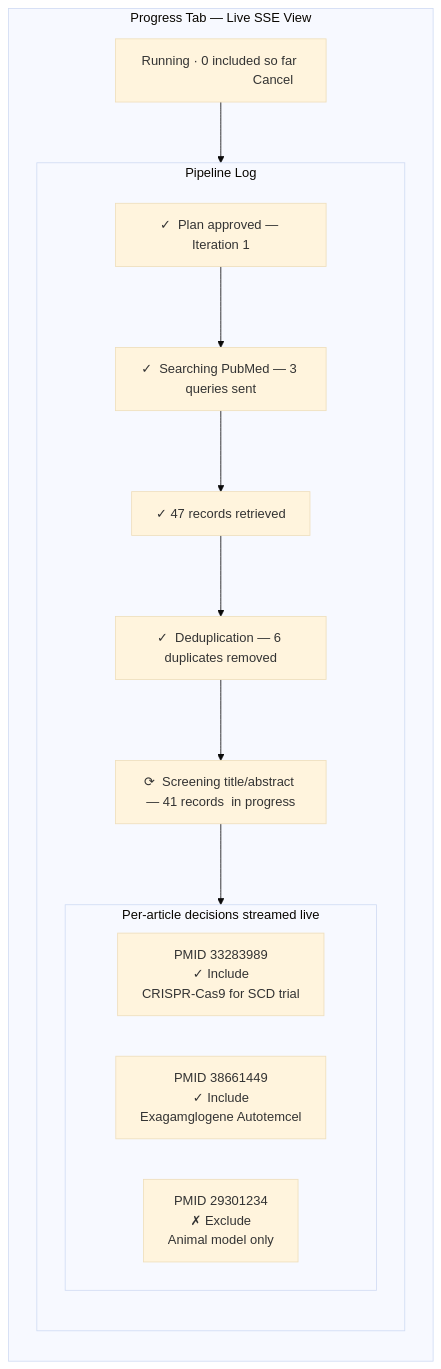
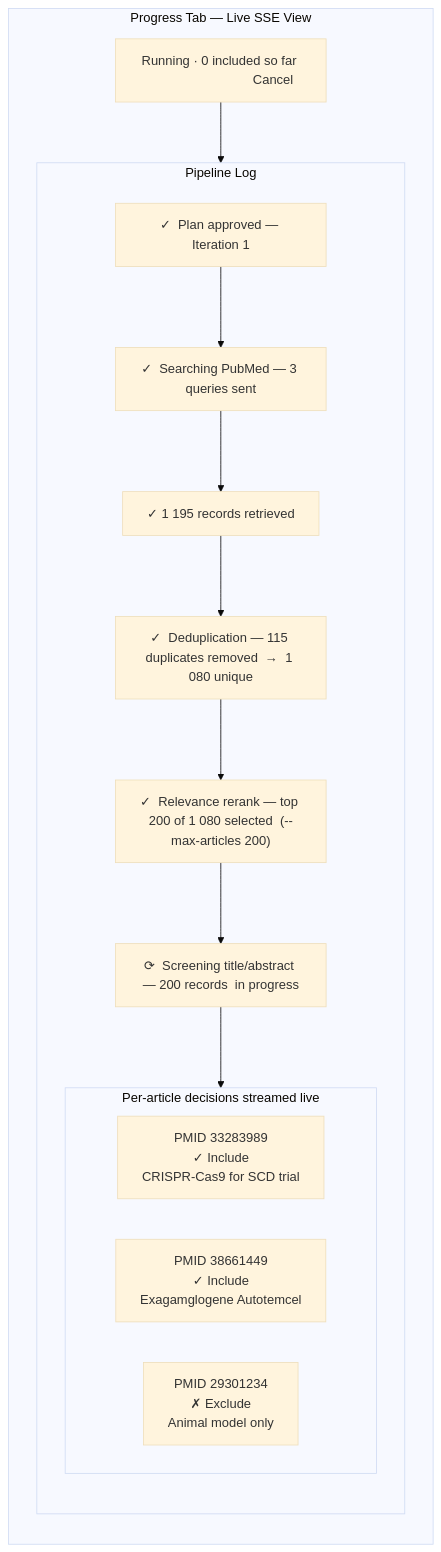
The second of 2 diagrams in README.md (sensein/synthscholar), drawn with Mermaid (base theme) before and after one commit. The commit also changed other lines of this file and 29 other files, not shown here.

````diff
--- a/README.md
+++ b/README.md
@@ -1392,26 +1396,27 @@
 ```mermaid
 flowchart TB
     subgraph Screen["Progress Tab — Live SSE View"]
         direction TB
         Hdr["Running · 0 included so far                              Cancel"]
 
         subgraph Log["Pipeline Log"]
             direction TB
             S1["✓  Plan approved — Iteration 1"]
             S2["✓  Searching PubMed — 3 queries sent"]
-            S3["✓  47 records retrieved"]
-            S4["✓  Deduplication — 6 duplicates removed"]
-            S5["⟳  Screening title/abstract — 41 records  in progress"]
+            S3["✓  1 195 records retrieved"]
+            S4["✓  Deduplication — 115 duplicates removed  →  1 080 unique"]
+            S4b["✓  Relevance rerank — top 200 of 1 080 selected  (--max-articles 200)"]
+            S5["⟳  Screening title/abstract — 200 records  in progress"]
 
             subgraph Cards["Per-article decisions  streamed live"]
                 direction LR
                 C1["PMID 33283989\n✓ Include\nCRISPR-Cas9 for SCD trial"]
                 C2["PMID 38661449\n✓ Include\nExagamglogene Autotemcel"]
                 C3["PMID 29301234\n✗ Exclude\nAnimal model only"]
             end
         end
     end
 
     Hdr --> Log
-    S1 --> S2 --> S3 --> S4 --> S5 --> Cards
+    S1 --> S2 --> S3 --> S4 --> S4b --> S5 --> Cards
 ```
````
